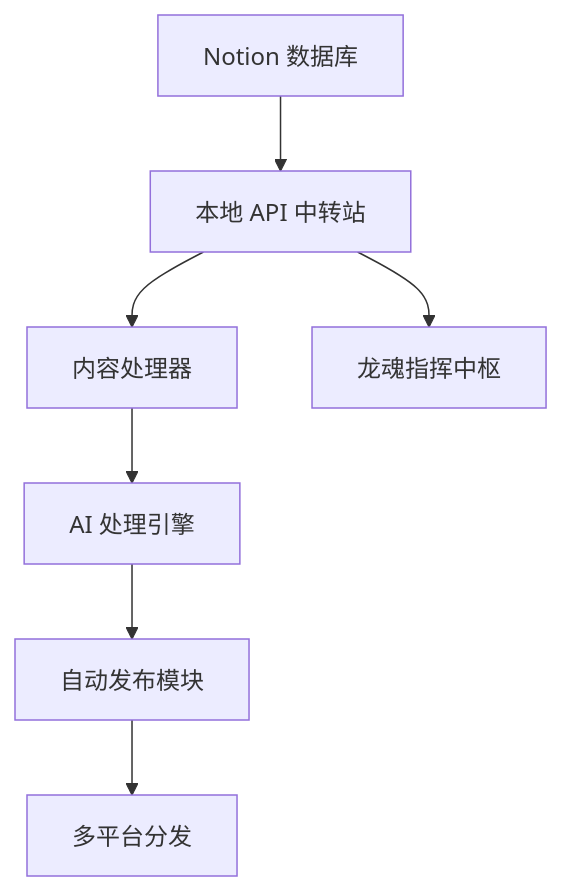
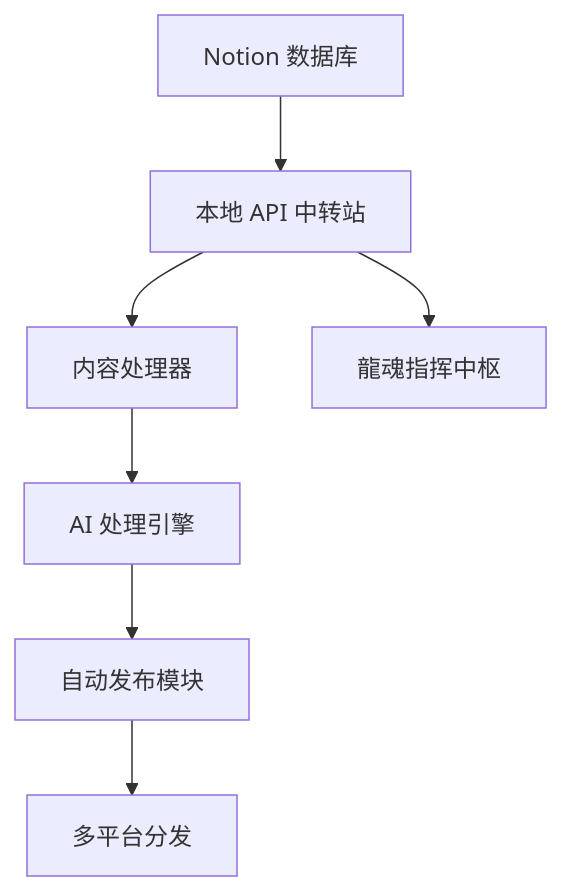
One commit to UID9622/longhun-system changed the diagram in longhun-system/CNSH_备份_20260211/本地备份/历史项目/CodeBuddy/20251207144453/Notion_API_龙魂自动化管理系统.md. Above: the diagram before and after it, drawn with Mermaid. The commit also changed other lines of this file and 854 other files, not shown here.

````diff
--- a/longhun-system/CNSH_备份_20260211/本地备份/历史项目/CodeBuddy/20251207144453/Notion_API_龙魂自动化管理系统.md
+++ b/longhun-system/CNSH_备份_20260211/本地备份/历史项目/CodeBuddy/20251207144453/Notion_API_龙魂自动化管理系统.md
@@ -5,9 +5,9 @@
 ```mermaid
 graph TD
     A[Notion 数据库] --> B[本地 API 中转站]
     B --> C[内容处理器]
     C --> D[AI 处理引擎]
     D --> E[自动发布模块]
     E --> F[多平台分发]
-    B --> G[龙魂指挥中枢]
+    B --> G[龍魂指挥中枢]
 ```
````
